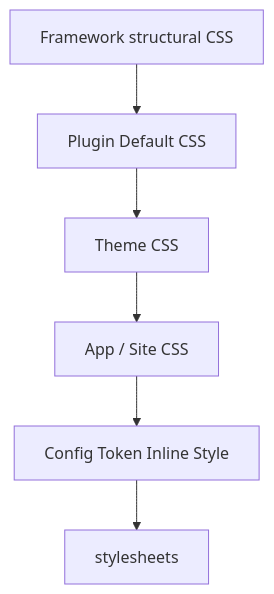
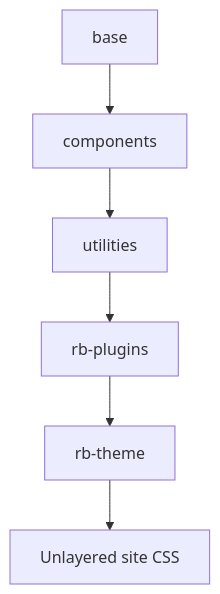
Before and after one commit to Rerurate514/riebeckite: the diagram in docs/docs/glossary/css-contract.md, drawn with Mermaid. The commit also changed other lines of this file and 18 other files, not shown here.

````diff
--- a/docs/docs/glossary/css-contract.md
+++ b/docs/docs/glossary/css-contract.md
@@ -20,14 +20,14 @@
 ```mermaid
 flowchart TD
-  Framework[Framework structural CSS]
-  Plugin[Plugin Default CSS]
-  Theme[Theme CSS]
-  App[App / Site CSS]
-  Token[Config Token Inline Style]
-  User[stylesheets]
-  Framework --> Plugin
-  Plugin --> Theme
-  Theme --> App
-  App --> Token
-  Token --> User
+  Base[base]
+  Components[components]
+  Utilities[utilities]
+  Plugins[rb-plugins]
+  Theme[rb-theme]
+  Site[Unlayered site CSS]
+  Base --> Components
+  Components --> Utilities
+  Utilities --> Plugins
+  Plugins --> Theme
+  Theme --> Site
 ```
````
